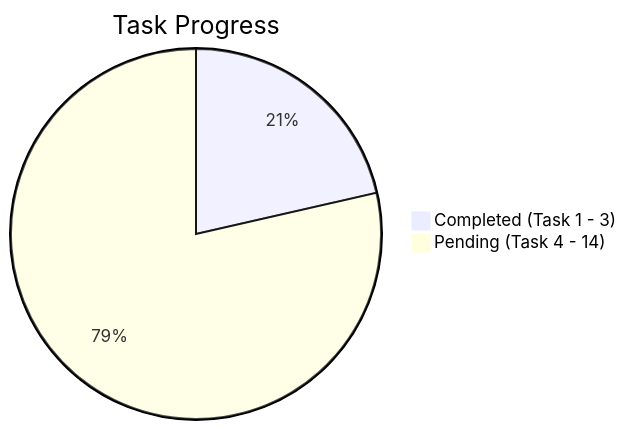
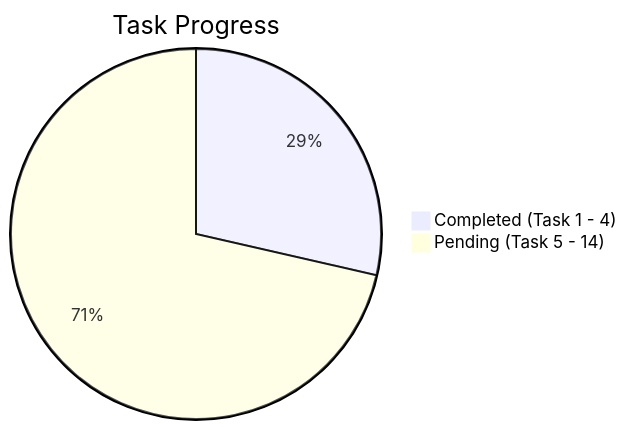
The diagram in TASKS.md (kimmandoo/gift), drawn with Mermaid before and after one commit. The commit also changed other lines of this file and 30 other files, not shown here.

````diff
--- a/TASKS.md
+++ b/TASKS.md
@@ -13,5 +13,5 @@
 ```mermaid
 pie title Task Progress
-    "Completed (Task 1 - 3)" : 3
-    "Pending (Task 4 - 14)" : 11
+    "Completed (Task 1 - 4)" : 4
+    "Pending (Task 5 - 14)" : 10
 ```
````
